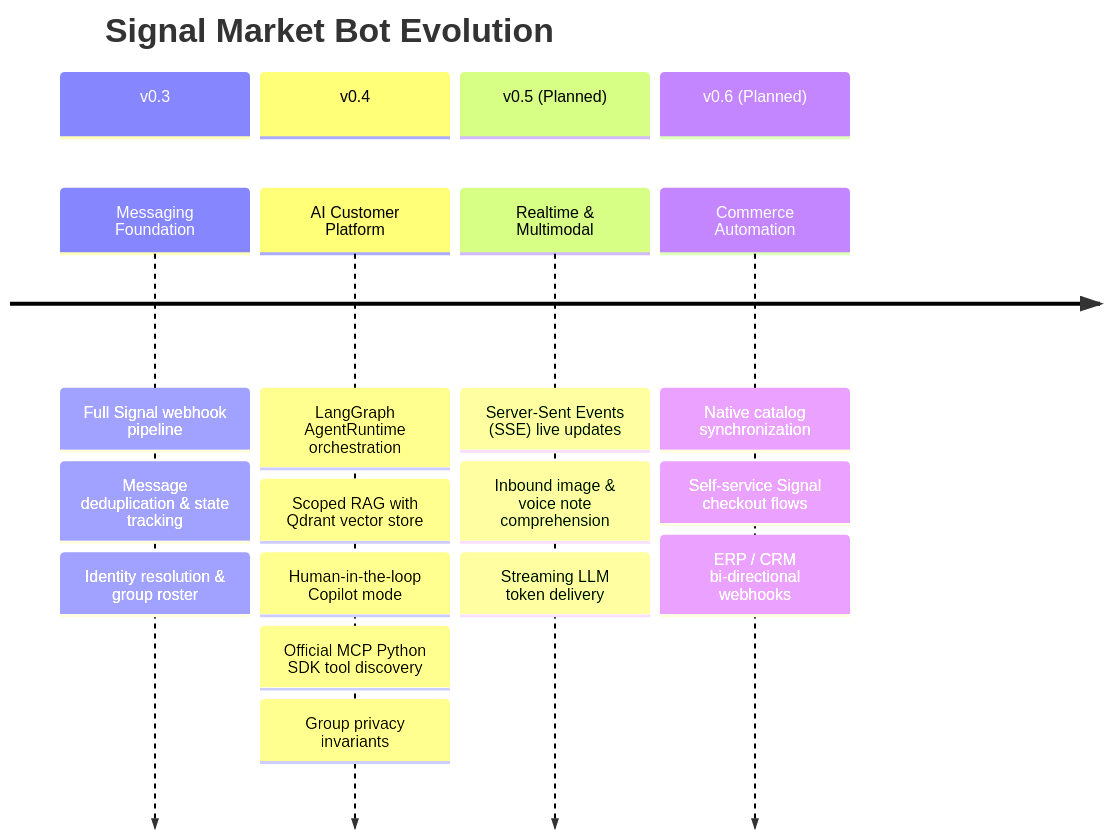
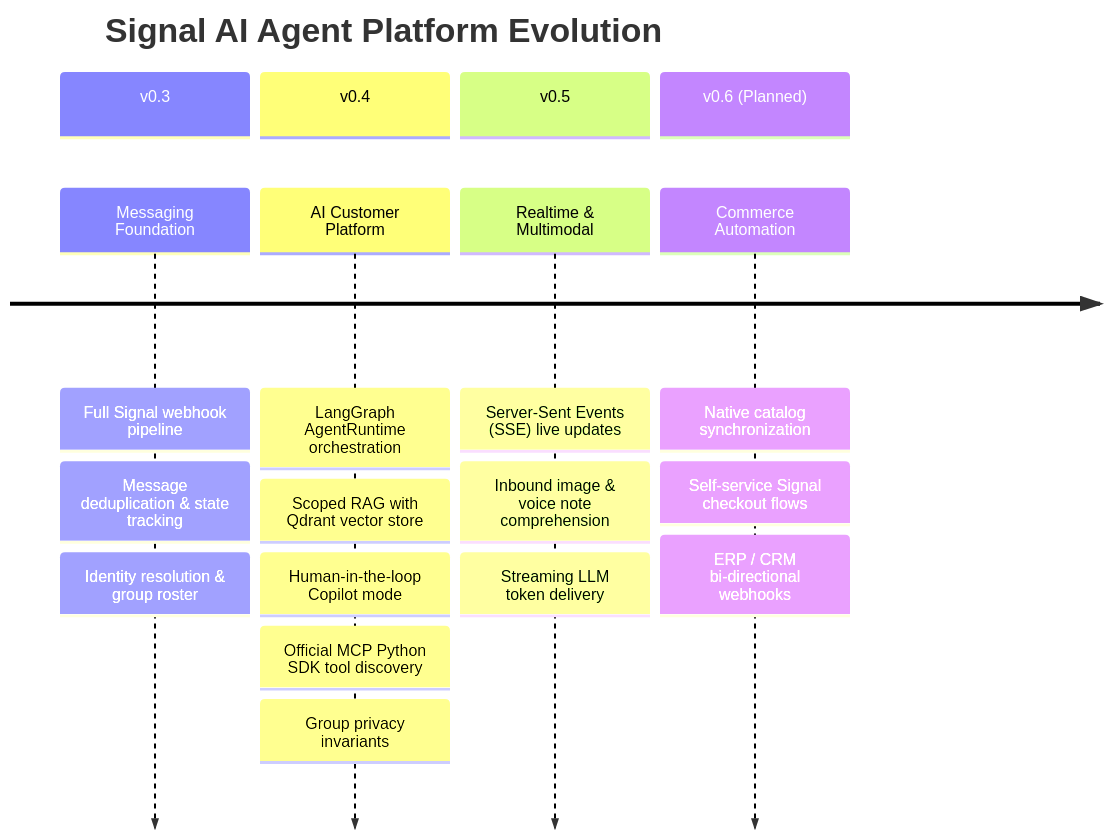
One commit to yuanweize/signal-ai-agent-platform changed the diagram in docs/ROADMAP.md. Above: the diagram before and after it, drawn with Mermaid. The commit also changed other lines of this file and 66 other files, not shown here.

First line of the commit message:
feat(v0.5): realtime multimodal Signal AI agent platform

````diff
--- a/docs/ROADMAP.md
+++ b/docs/ROADMAP.md
@@ -5,22 +5,22 @@
 ```mermaid
 timeline
-    title Signal Market Bot Evolution
+    title Signal AI Agent Platform Evolution
     section v0.3
         Messaging Foundation : Full Signal webhook pipeline
                              : Message deduplication & state tracking
                              : Identity resolution & group roster
     section v0.4
         AI Customer Platform : LangGraph AgentRuntime orchestration
                              : Scoped RAG with Qdrant vector store
                              : Human-in-the-loop Copilot mode
                              : Official MCP Python SDK tool discovery
                              : Group privacy invariants
-    section v0.5 (Planned)
+    section v0.5
         Realtime & Multimodal : Server-Sent Events (SSE) live updates
                               : Inbound image & voice note comprehension
                               : Streaming LLM token delivery
     section v0.6 (Planned)
         Commerce Automation   : Native catalog synchronization
                               : Self-service Signal checkout flows
                               : ERP / CRM bi-directional webhooks
 ```
````
